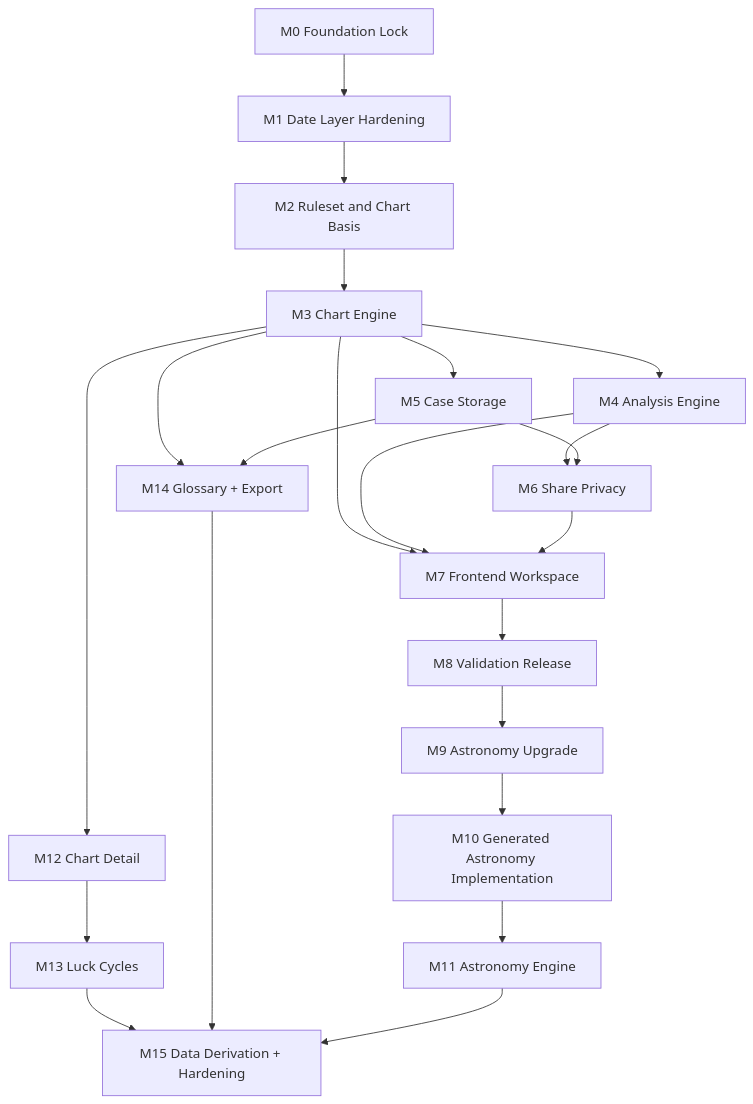
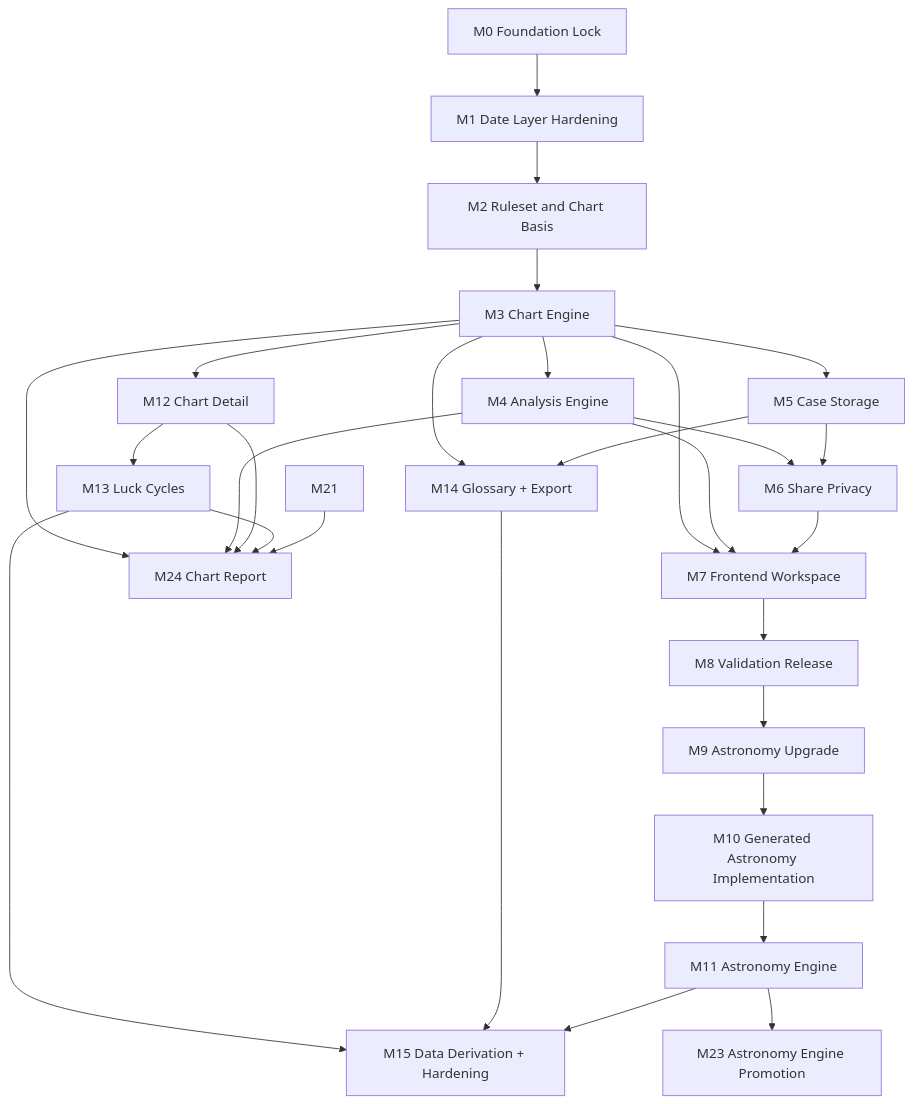
One commit to han243786/Fate-Track changed the diagram in markdown/20-roadmap/00-roadmap-index.md. Above: the diagram before and after it, drawn with Mermaid. The commit also changed other lines of this file and 64 other files, not shown here.

First line of the commit message:
M23+M24: Astronomy engine promotion + Colloquial chart report

````diff
--- a/markdown/20-roadmap/00-roadmap-index.md
+++ b/markdown/20-roadmap/00-roadmap-index.md
@@ -121,24 +130,30 @@
 ```mermaid
 flowchart TD
     M0["M0 Foundation Lock"] --> M1["M1 Date Layer Hardening"]
     M1 --> M2["M2 Ruleset and Chart Basis"]
     M2 --> M3["M3 Chart Engine"]
     M3 --> M4["M4 Analysis Engine"]
     M3 --> M5["M5 Case Storage"]
     M4 --> M6["M6 Share Privacy"]
     M5 --> M6
     M3 --> M7["M7 Frontend Workspace"]
     M4 --> M7
     M6 --> M7
     M7 --> M8["M8 Validation Release"]
     M8 --> M9["M9 Astronomy Upgrade"]
     M9 --> M10["M10 Generated Astronomy Implementation"]
     M10 --> M11["M11 Astronomy Engine"]
     M3 --> M12["M12 Chart Detail"]
     M12 --> M13["M13 Luck Cycles"]
     M3 --> M14["M14 Glossary + Export"]
     M5 --> M14
     M13 --> M15["M15 Data Derivation + Hardening"]
     M14 --> M15
     M11 --> M15
+    M11 --> M23["M23 Astronomy Engine Promotion"]
+    M3 --> M24["M24 Chart Report"]
+    M4 --> M24
+    M12 --> M24
+    M13 --> M24
+    M21 --> M24
 ```
````
